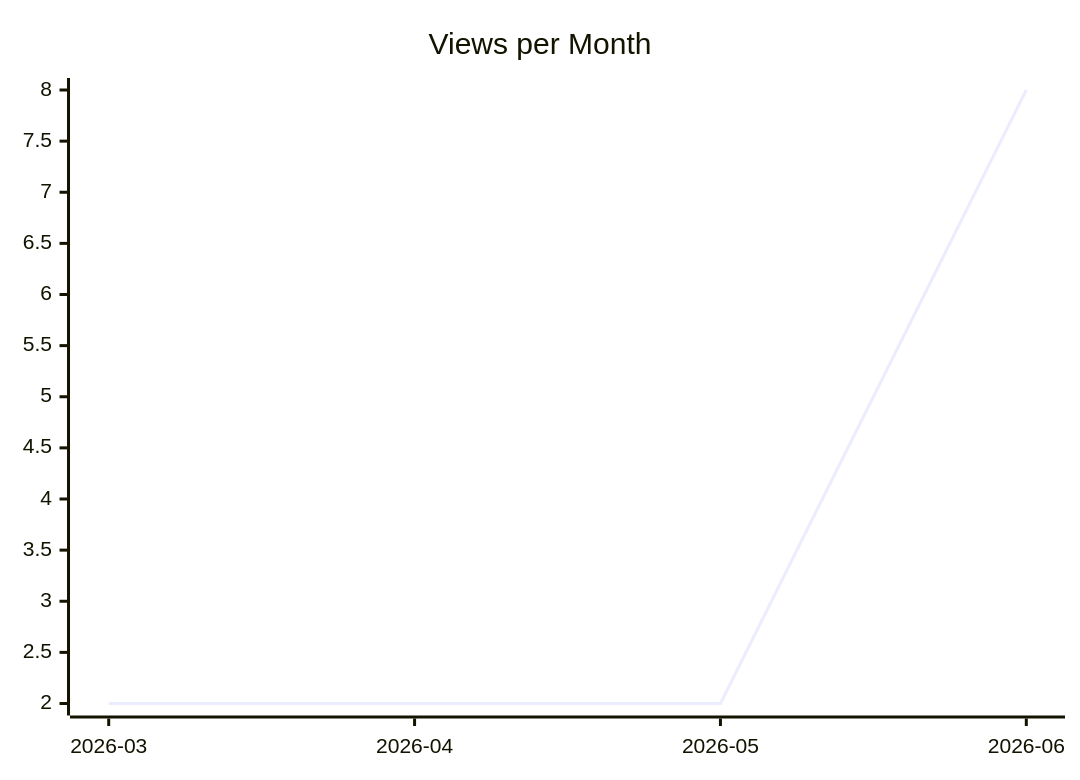
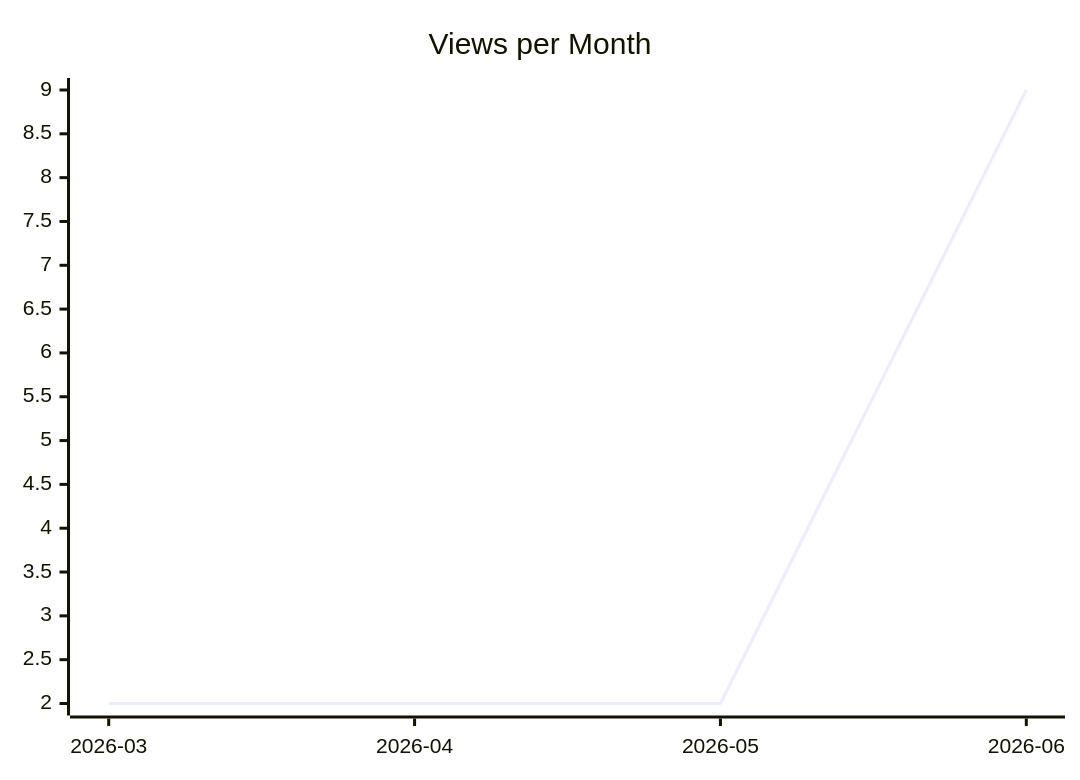
The second of 3 diagrams in karlmdavis/ansible-role-jenkins2/README.md (justdavis-family/github-analytics-data), drawn with Mermaid before and after one commit. The commit also changed other lines of this file and 200 other files, not shown here.

````diff
--- a/karlmdavis/ansible-role-jenkins2/README.md
+++ b/karlmdavis/ansible-role-jenkins2/README.md
@@ -12,6 +12,6 @@
 ```mermaid
 xychart-beta
   title "Views per Month"
   x-axis ["2026-03", "2026-04", "2026-05", "2026-06"]
-  line [2, 2, 2, 8]
+  line [2, 2, 2, 9]
 ```
````
